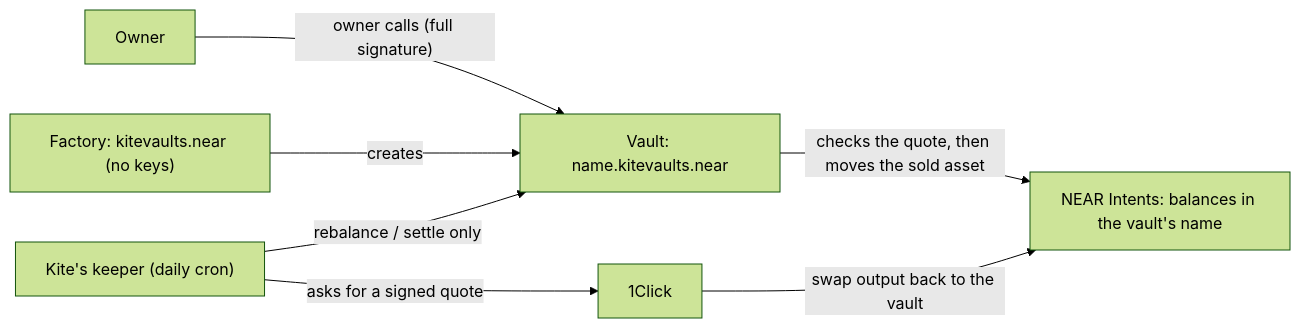
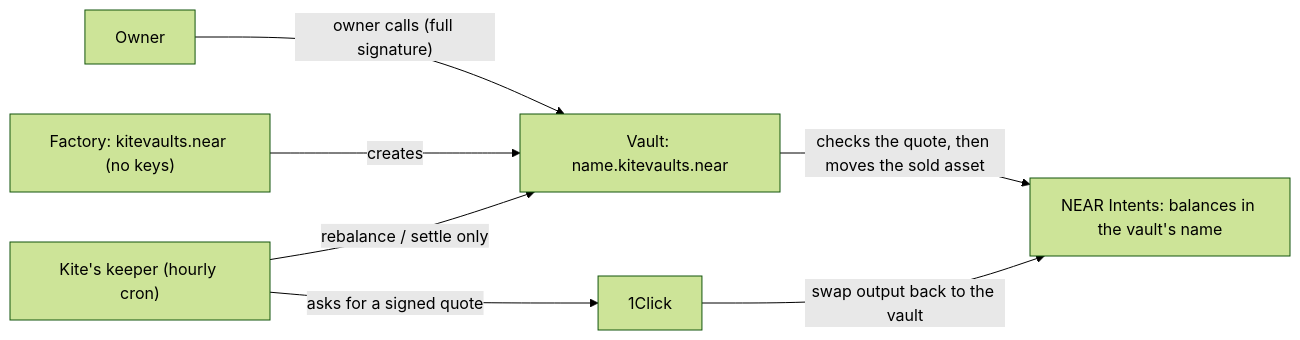
The diagram in README.md (emmanuel39hanks/kite), drawn with Mermaid (forest theme) before and after one commit. The commit also changed other lines of this file and 21 other files, not shown here.

Commit message:
Keeper runs every hour; it holds a trade the vault's daily count would refuse

````diff
--- a/README.md
+++ b/README.md
@@ -96,9 +96,9 @@
 ```mermaid
 flowchart LR
   Owner -- "owner calls (full signature)" --> Vault["Vault: name.kitevaults.near"]
   Factory["Factory: kitevaults.near (no keys)"] -- creates --> Vault
-  Keeper["Kite's keeper (daily cron)"] -- "rebalance / settle only" --> Vault
+  Keeper["Kite's keeper (hourly cron)"] -- "rebalance / settle only" --> Vault
   Keeper -- asks for a signed quote --> OneClick["1Click"]
   Vault -- "checks the quote, then moves the sold asset" --> Intents["NEAR Intents: balances in the vault's name"]
   OneClick -- "swap output back to the vault" --> Intents
 ```
````
